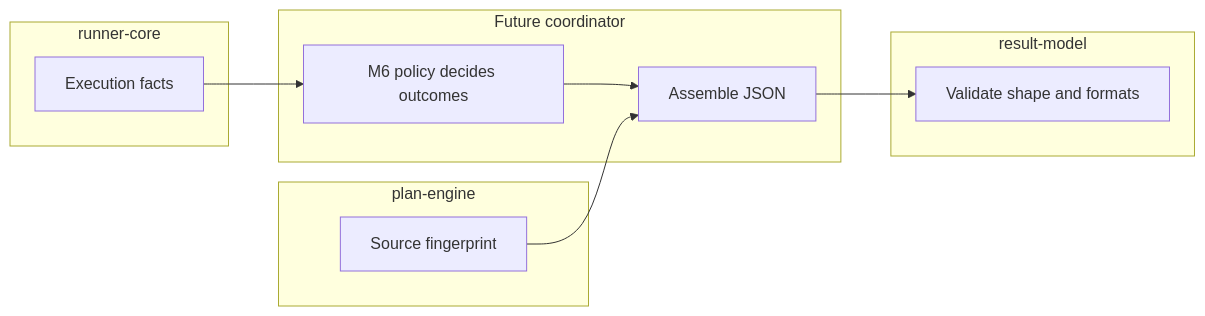
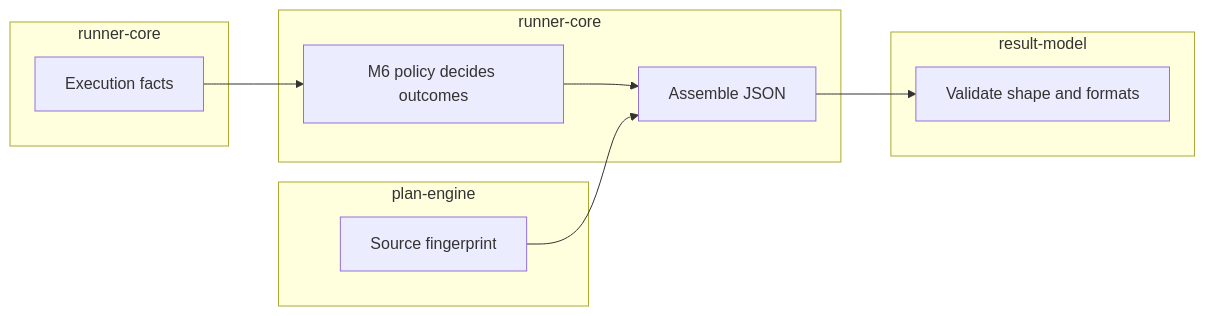
One commit to Scott-D-Hodgson/stagehand changed the diagram in Learning Plan/Packages/result-model/Lessons/05-policy-boundary.md. Above: the diagram before and after it, drawn with Mermaid. The commit also changed other lines of this file and 57 other files, not shown here.

````diff
--- a/Learning Plan/Packages/result-model/Lessons/05-policy-boundary.md
+++ b/Learning Plan/Packages/result-model/Lessons/05-policy-boundary.md
@@ -19,18 +19,18 @@
 ```mermaid
 flowchart LR
     subgraph E[plan-engine]
         F[Source fingerprint]
     end
     subgraph R[runner-core]
         D[Execution facts]
     end
-    subgraph C[Future coordinator]
+    subgraph C[runner-core]
         P[M6 policy decides outcomes] --> A[Assemble JSON]
     end
     subgraph V[result-model]
         X[Validate shape and formats]
     end
     F --> A
     D --> P
     A --> X
 ```
````
